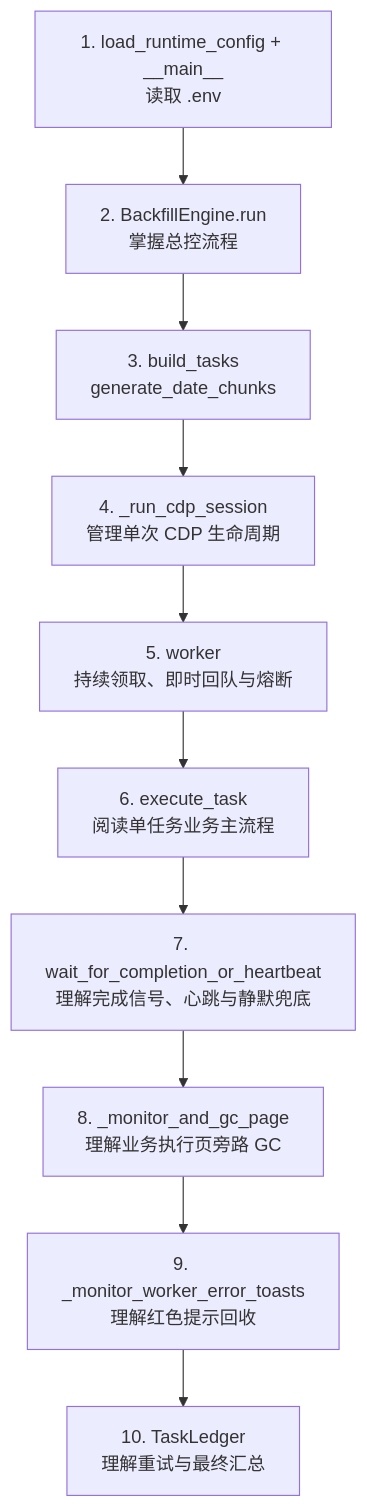
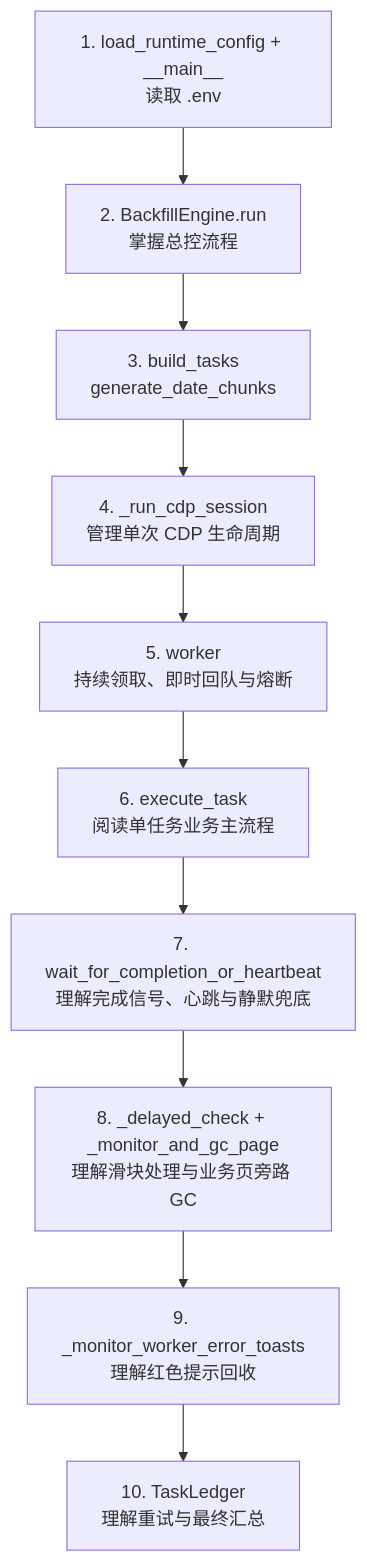
One commit to liao084/BitBrowser-Backfill-Engine changed the third of 15 diagrams in ARCHITECTURE.md. Above: the diagram before and after it, drawn with Mermaid. The commit also changed other lines of this file and 8 other files, not shown here.

Commit message:
docs: refresh architecture and split env templates

````diff
--- a/ARCHITECTURE.md
+++ b/ARCHITECTURE.md
@@ -132,12 +135,12 @@
 ```mermaid
 flowchart TD
     A["1. load_runtime_config + __main__<br/>读取 .env"] --> B["2. BackfillEngine.run<br/>掌握总控流程"]
     B --> C["3. build_tasks<br/>generate_date_chunks"]
     C --> D["4. _run_cdp_session<br/>管理单次 CDP 生命周期"]
     D --> E["5. worker<br/>持续领取、即时回队与熔断"]
     E --> F["6. execute_task<br/>阅读单任务业务主流程"]
     F --> G["7. wait_for_completion_or_heartbeat<br/>理解完成信号、心跳与静默兜底"]
-    G --> H["8. _monitor_and_gc_page<br/>理解业务执行页旁路 GC"]
+    G --> H["8. _delayed_check + _monitor_and_gc_page<br/>理解滑块处理与业务页旁路 GC"]
     H --> I["9. _monitor_worker_error_toasts<br/>理解红色提示回收"]
     I --> J["10. TaskLedger<br/>理解重试与最终汇总"]
 ```
````
